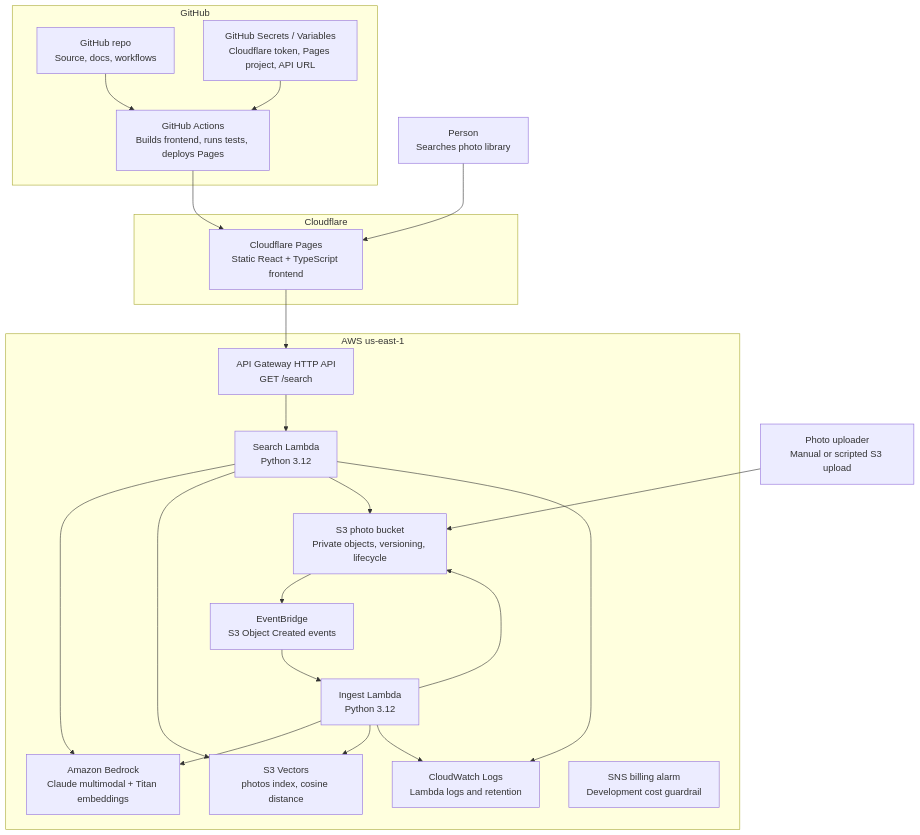
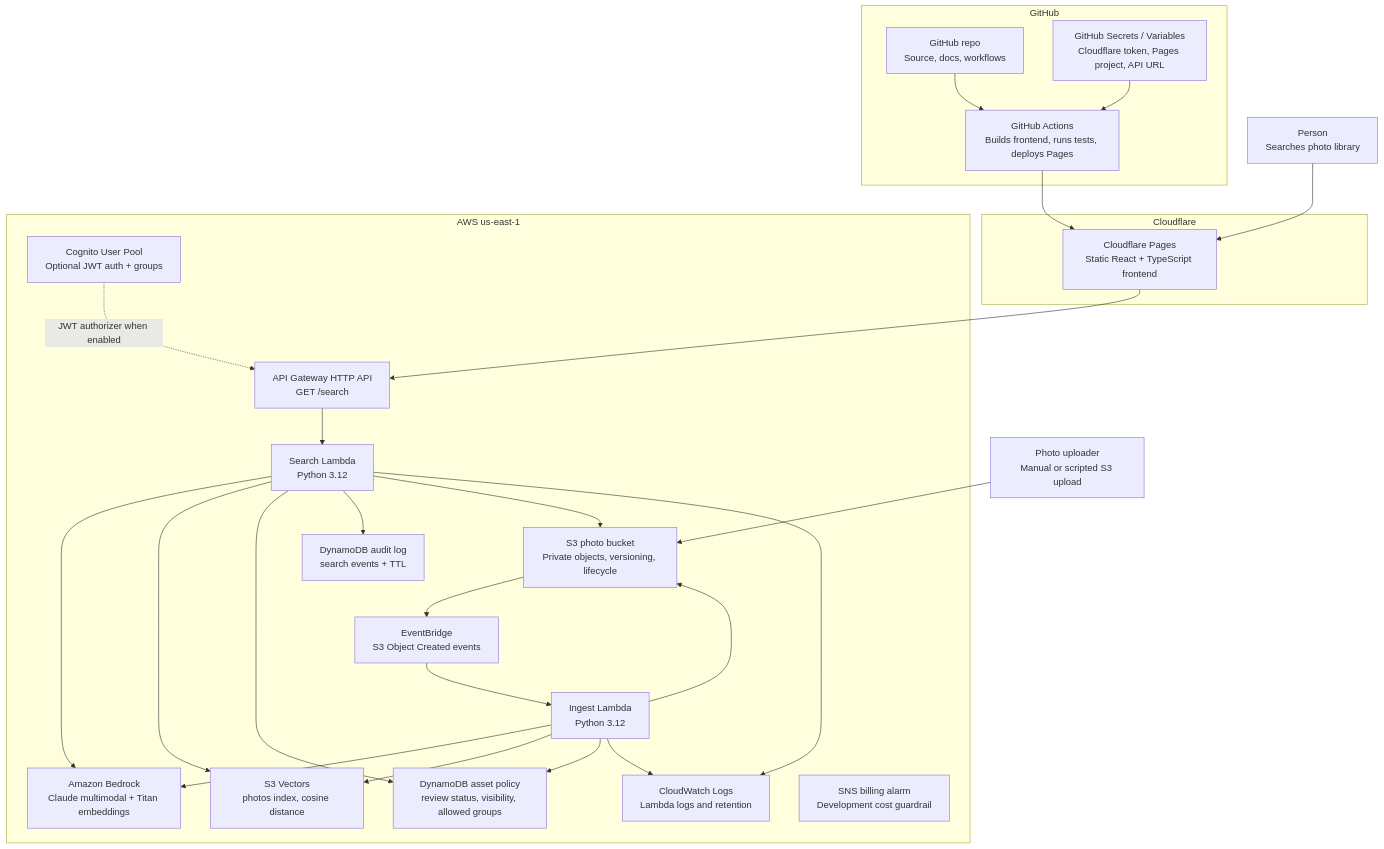
Before and after one commit to manynames3/photoscribe-ai: the diagram in docs/architecture.md, drawn with Mermaid. The commit also changed other lines of this file and 31 other files, not shown here.

````diff
--- a/docs/architecture.md
+++ b/docs/architecture.md
@@ -7,47 +7,54 @@
 ```mermaid
 flowchart TB
     person["Person<br/>Searches photo library"]
     uploader["Photo uploader<br/>Manual or scripted S3 upload"]
 
     subgraph cloudflare["Cloudflare"]
         pages["Cloudflare Pages<br/>Static React + TypeScript frontend"]
     end
 
     subgraph github["GitHub"]
         repo["GitHub repo<br/>Source, docs, workflows"]
         actions["GitHub Actions<br/>Builds frontend, runs tests, deploys Pages"]
         secrets["GitHub Secrets / Variables<br/>Cloudflare token, Pages project, API URL"]
     end
 
     subgraph aws["AWS us-east-1"]
+        cognito["Cognito User Pool<br/>Optional JWT auth + groups"]
         api["API Gateway HTTP API<br/>GET /search"]
         search["Search Lambda<br/>Python 3.12"]
         ingest["Ingest Lambda<br/>Python 3.12"]
         photos["S3 photo bucket<br/>Private objects, versioning, lifecycle"]
         events["EventBridge<br/>S3 Object Created events"]
         vectors["S3 Vectors<br/>photos index, cosine distance"]
+        policy["DynamoDB asset policy<br/>review status, visibility, allowed groups"]
+        audit["DynamoDB audit log<br/>search events + TTL"]
         bedrock["Amazon Bedrock<br/>Claude multimodal + Titan embeddings"]
         logs["CloudWatch Logs<br/>Lambda logs and retention"]
         alarm["SNS billing alarm<br/>Development cost guardrail"]
     end
 
     person --> pages
     pages --> api
+    cognito -. "JWT authorizer when enabled" .-> api
     api --> search
     search --> bedrock
     search --> vectors
+    search --> policy
+    search --> audit
     search --> photos
     search --> logs
 
     uploader --> photos
     photos --> events
     events --> ingest
     ingest --> photos
     ingest --> bedrock
     ingest --> vectors
+    ingest --> policy
     ingest --> logs
 
     repo --> actions
     secrets --> actions
     actions --> pages
 ```
````
